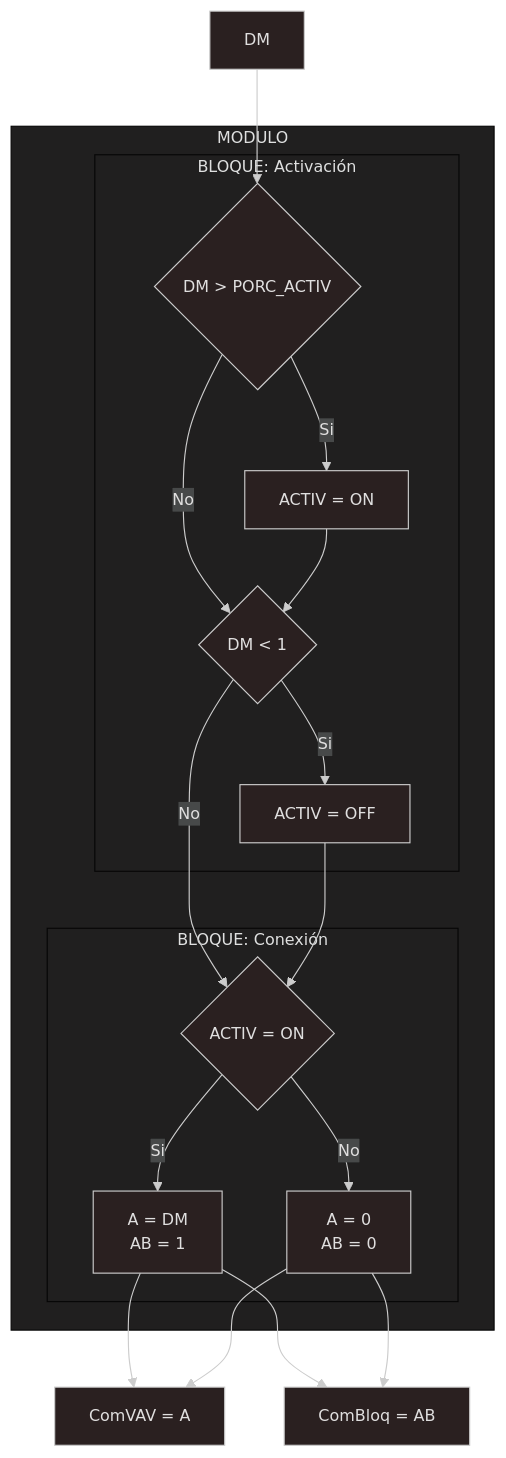
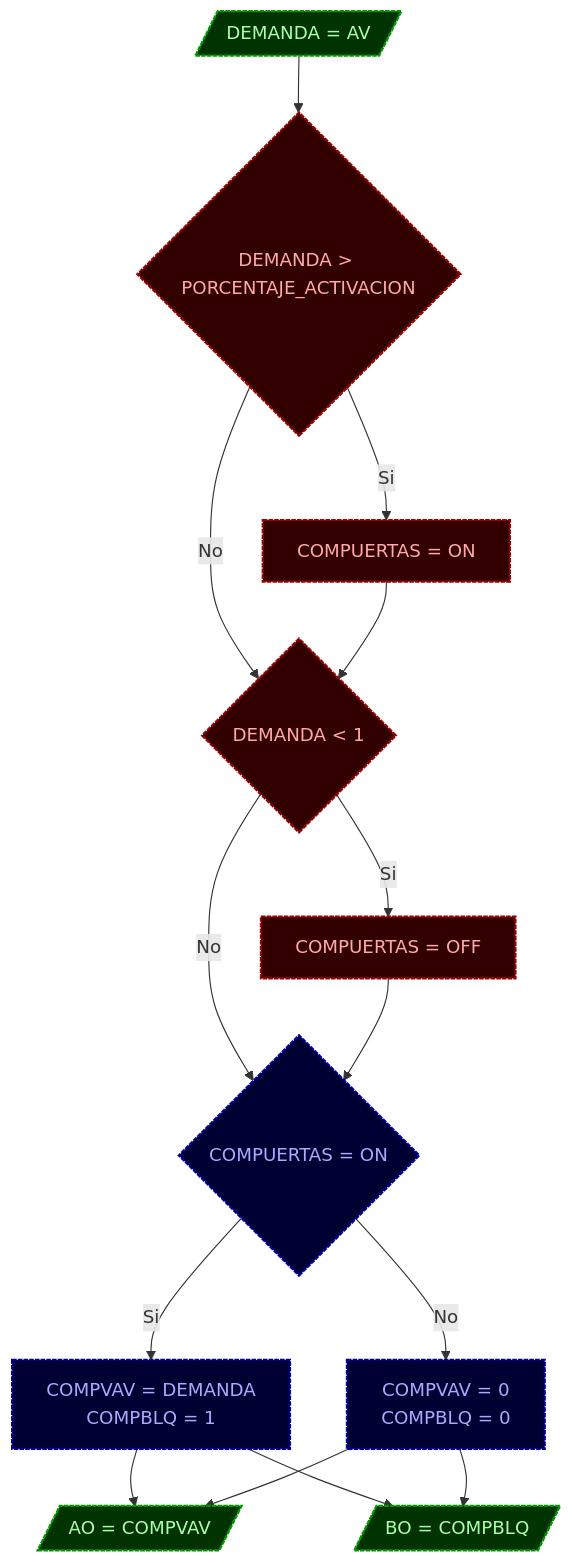
The second of 2 diagrams in Cuarto-de-Pruebas/Controlador-1/PRG2/README.md (cjhirashi/ct-prub-in), drawn with Mermaid before and after one commit. The commit also changed other lines of this file and 1 other file, not shown here.

Commit message:
Actualizar el documento PROMPT.md para detallar la lógica de control de compuertas VAVs, incluyendo declaración de variables y un diagrama de flujo del módulo de control.

````diff
--- a/Cuarto-de-Pruebas/Controlador-1/PRG2/README.md
+++ b/Cuarto-de-Pruebas/Controlador-1/PRG2/README.md
@@ -132,28 +84,18 @@
 ```mermaid
----
-config:
-  theme: neo-dark
----
-graph TD
-    DM --> ACTIVACION{DM > PORC_ACTIV};
-    subgraph MODULO
-        subgraph BLOQUE: Activación
-            ACTIVACION -- Si --> SetActive[ACTIV = ON]
-            ACTIVACION -- No --> DESACTIVACION
-            SetActive --> DESACTIVACION{DM < 1}
-            DESACTIVACION -- Si --> SetInactive[ACTIV = OFF]
-        end
-        subgraph BLOQUE: Conexión
-            DESACTIVACION -- No --> CONECTOR
-            SetInactive --> CONECTOR
-            CONECTOR{ACTIV = ON} -- Si --> SISACT[A = DM<br>AB = 1]
-            CONECTOR -- No --> SISINACT[A = 0<br>AB = 0]
-        end
-    end
-    CompVAV[ComVAV = A]
-    CompBloq[ComBloq = AB]
-    SISACT --> CompVAV
-    SISACT --> CompBloq
-    SISINACT --> CompVAV
-    SISINACT --> CompBloq
+flowchart TB
+    DM[/DEMANDA = AV/]:::variables --> ACT{DEMANDA > PORCENTAJE_ACTIVACION}:::bloque1;
+        ACT -- Si --> SetActive[COMPUERTAS = ON]:::bloque1
+        ACT -- No --> DES{DEMANDA < 1}:::bloque1
+        SetActive --> DES
+        DES -- Si --> SetInactive[COMPUERTAS = OFF]:::bloque1
+        DES -- No --> CONECTOR:::bloque2
+        SetInactive --> CONECTOR
+        CONECTOR{COMPUERTAS = ON} -- Si --> SISACT[COMPVAV = DEMANDA<br>COMPBLQ = 1]:::bloque2
+        CONECTOR -- No --> SISINACT[COMPVAV = 0<br>COMPBLQ = 0]:::bloque2
+    SISACT & SISINACT --> CompVAV[/AO = COMPVAV/]:::variables
+    SISACT & SISINACT --> CompBloq[/BO = COMPBLQ/]:::variables
+
+    classDef variables fill:#030,stroke:#090,stroke-width:2px,color:#afa,stroke-dasharray: 4 1
+    classDef bloque1 fill:#300,stroke:#900,stroke-width:2px,color:#faa,stroke-dasharray: 4 1
+    classDef bloque2 fill:#003,stroke:#009,stroke-width:2px,color:#aaf,stroke-dasharray: 4 1
 ```
````
